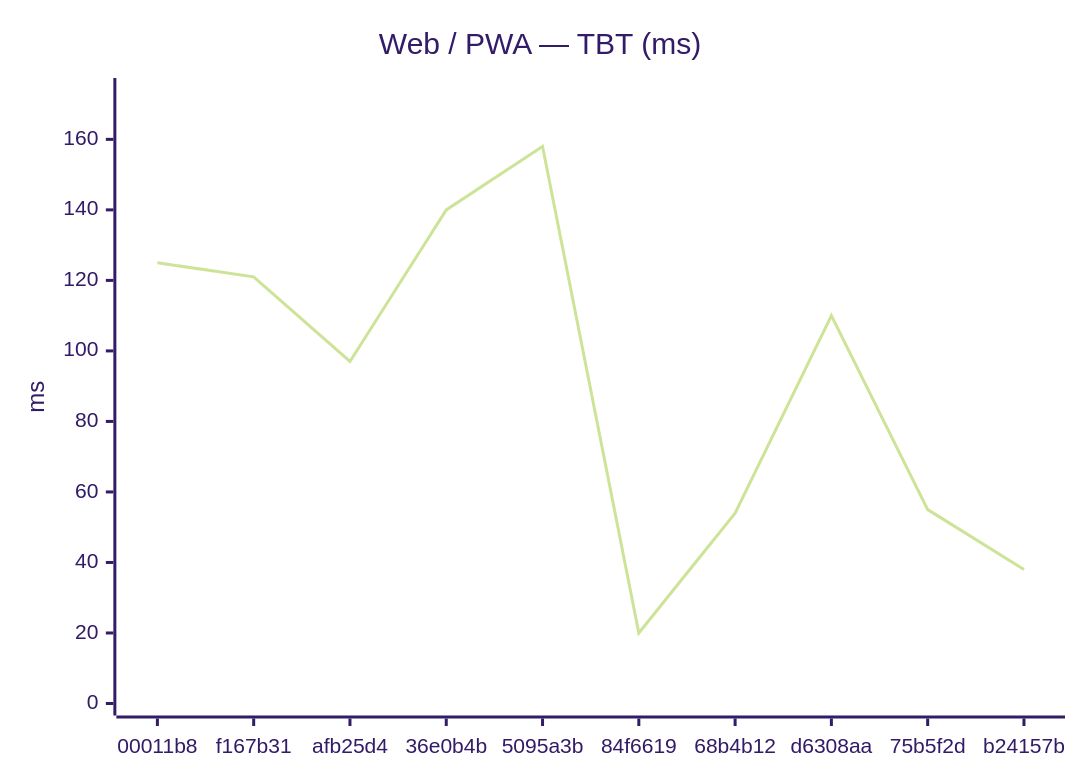
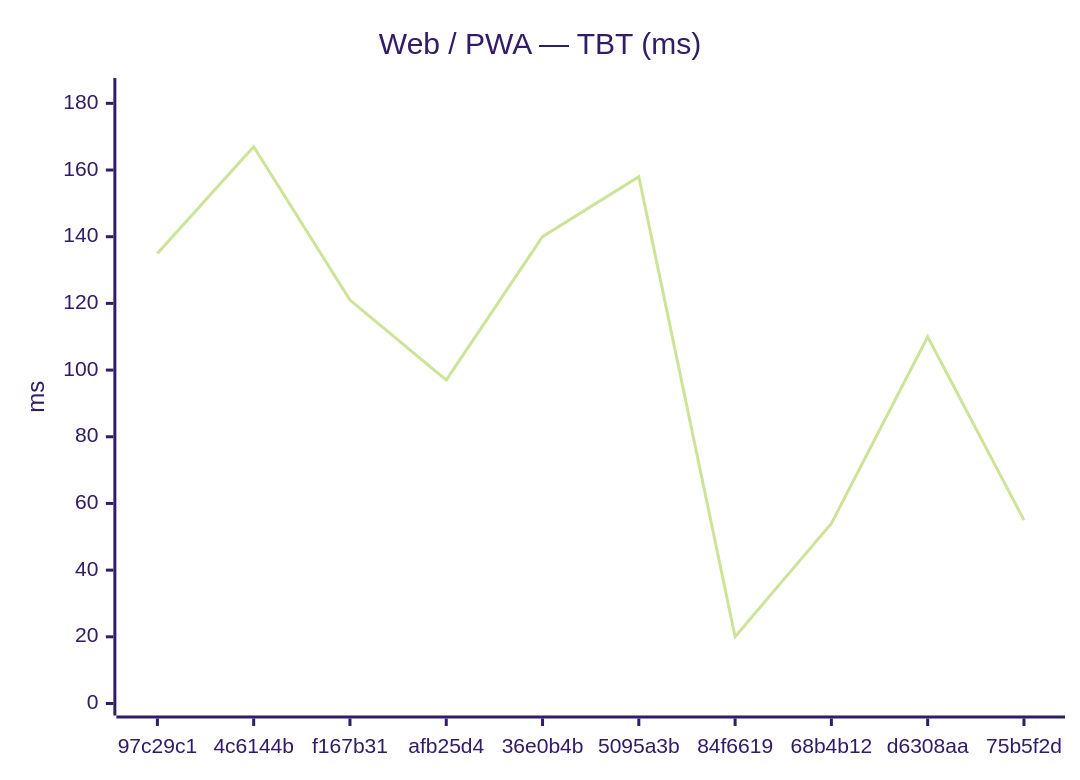
Before and after one commit to Metaheurist/Rianell: the second of 18 diagrams in benchmarks/compare.md, drawn with Mermaid (forest theme). The commit also changed other lines of this file and 11 other files, not shown here.

````diff
--- a/benchmarks/compare.md
+++ b/benchmarks/compare.md
@@ -31,7 +31,7 @@
 ```mermaid
 xychart-beta
     title "Web / PWA — TBT (ms)"
-    x-axis ["00011b8", "f167b31", "afb25d4", "36e0b4b", "5095a3b", "84f6619", "68b4b12", "d6308aa", "75b5f2d", "b24157b"]
-    y-axis "ms" 0 --> 174
-    line [125, 121, 97, 140, 158, 20, 54, 110, 55, 38]
+    x-axis ["97c29c1", "4c6144b", "f167b31", "afb25d4", "36e0b4b", "5095a3b", "84f6619", "68b4b12", "d6308aa", "75b5f2d"]
+    y-axis "ms" 0 --> 184
+    line [135, 167, 121, 97, 140, 158, 20, 54, 110, 55]
 ```
````
